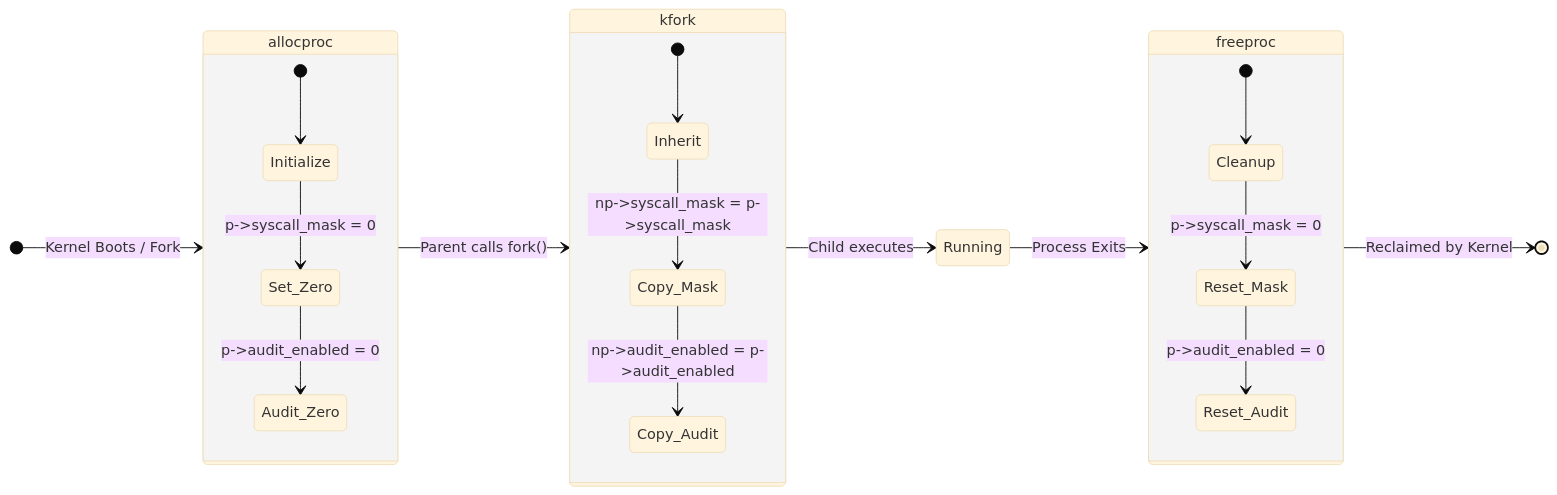
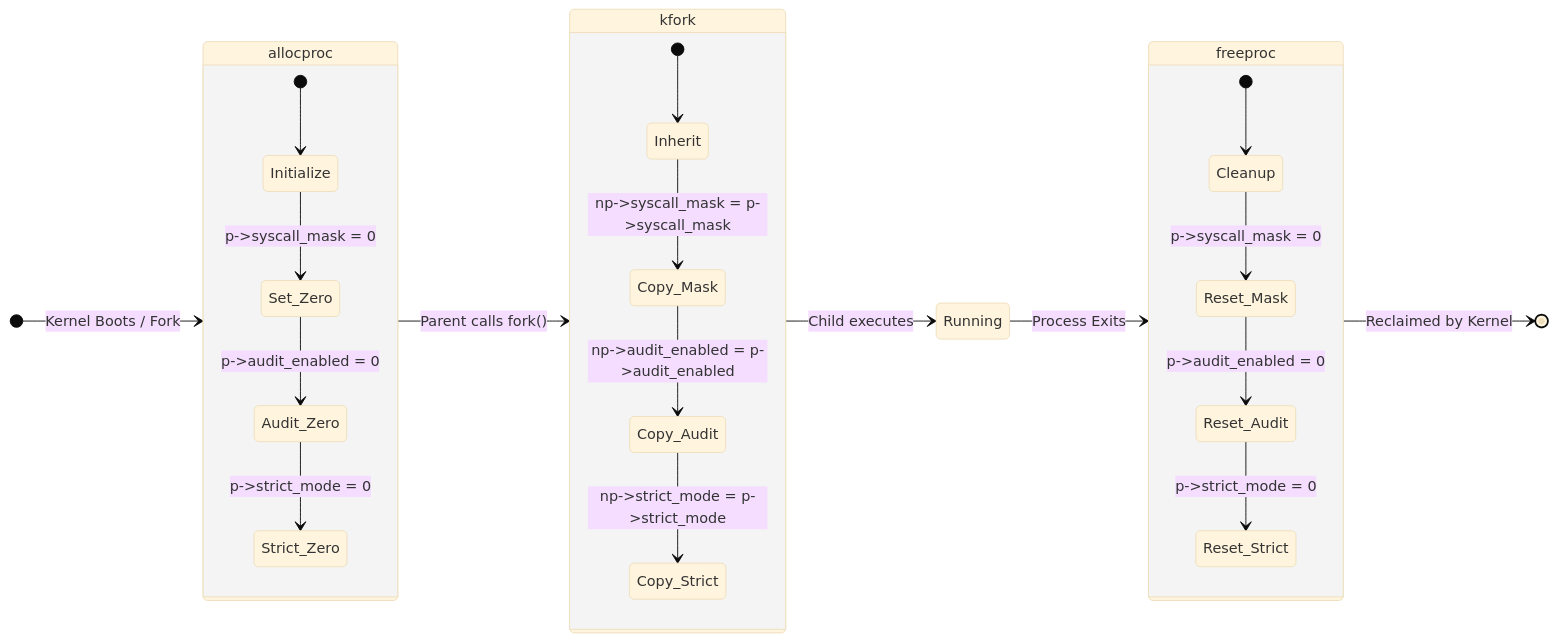
One commit to SangNmd2004/xv6-syscall-filter changed the second of 2 diagrams in README.md. Above: the diagram before and after it, drawn with Mermaid (base theme). The commit also changed other lines of this file, not shown here.

Commit message:
Update README diagrams to include Strict Mode logic

````diff
--- a/README.md
+++ b/README.md
@@ -96,30 +101,33 @@
 ```mermaid
 stateDiagram-v2
     direction LR
     [*] --> allocproc: Kernel Boots / Fork
     
     state allocproc {
         [*] --> Initialize
         Initialize --> Set_Zero: p->syscall_mask = 0
         Set_Zero --> Audit_Zero: p->audit_enabled = 0
+        Audit_Zero --> Strict_Zero: p->strict_mode = 0
     }
     
     allocproc --> kfork: Parent calls fork()
     
     state kfork {
         [*] --> Inherit
         Inherit --> Copy_Mask: np->syscall_mask = p->syscall_mask
         Copy_Mask --> Copy_Audit: np->audit_enabled = p->audit_enabled
+        Copy_Audit --> Copy_Strict: np->strict_mode = p->strict_mode
     }
     
     kfork --> Running: Child executes
     Running --> freeproc: Process Exits
     
     state freeproc {
         [*] --> Cleanup
         Cleanup --> Reset_Mask: p->syscall_mask = 0
         Reset_Mask --> Reset_Audit: p->audit_enabled = 0
+        Reset_Audit --> Reset_Strict: p->strict_mode = 0
     }
     
     freeproc --> [*]: Reclaimed by Kernel
 ```
````
